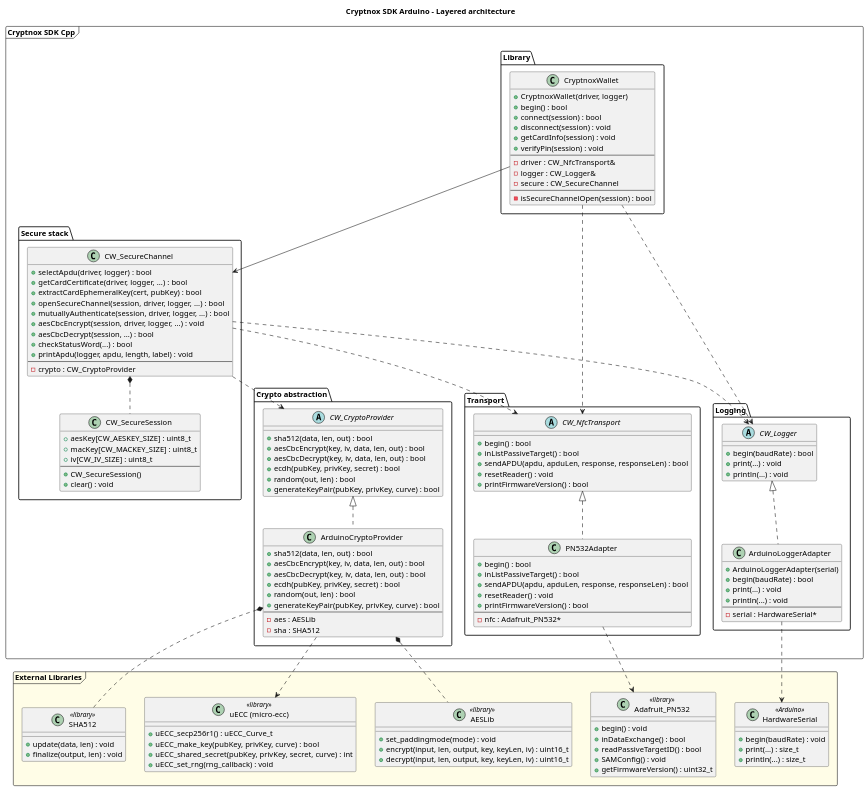
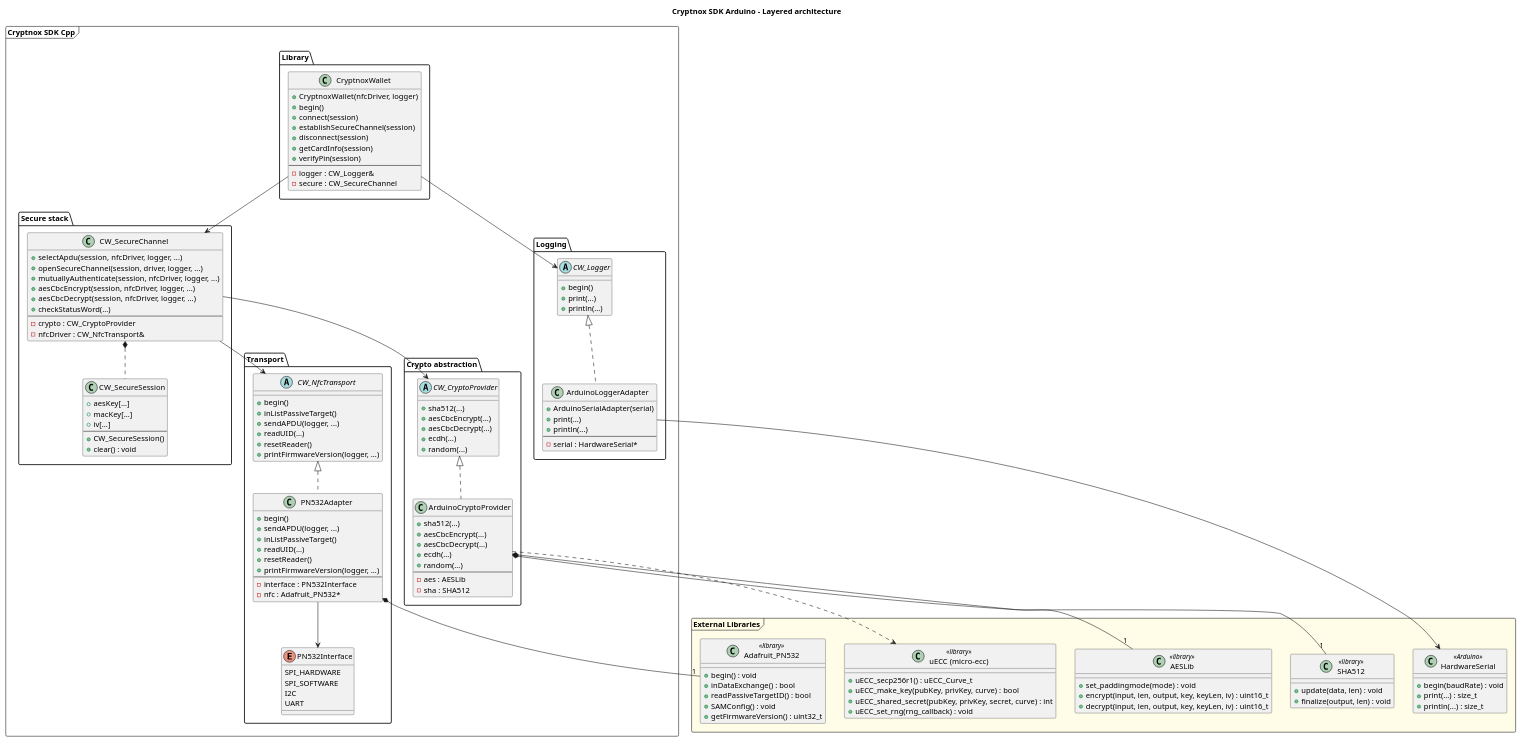
One commit to embarquech/sdk-arduino changed the diagram in docs/architecture/overview.puml. Above: the diagram before and after it, drawn with PlantUML.

Commit message:
Modified the architecture diagram

```diff
--- a/docs/architecture/overview.puml
+++ b/docs/architecture/overview.puml
@@ -1,166 +1,169 @@
 @startuml
 title Cryptnox SDK Arduino - Layered architecture
 
 package "Cryptnox SDK Cpp" <<Frame>> {
 package "Library" {
     class CryptnoxWallet {
-        + CryptnoxWallet(driver, logger)
-        + begin() : bool
-        + connect(session) : bool
-        + disconnect(session) : void
-        + getCardInfo(session) : void
-        + verifyPin(session) : void
+        + CryptnoxWallet(nfcDriver, logger)
+        + begin()
+        + connect(session)
+        + establishSecureChannel(session)
+        + disconnect(session)
+        + getCardInfo(session)
+        + verifyPin(session)
         --
-        - driver : CW_NfcTransport&
         - logger : CW_Logger&
         - secure : CW_SecureChannel
-        --
-        - isSecureChannelOpen(session) : bool
     }
 }
 
 package "Secure stack" {
     class CW_SecureChannel {
-        + selectApdu(driver, logger) : bool
-        + getCardCertificate(driver, logger, ...) : bool
-        + extractCardEphemeralKey(cert, pubKey) : bool
-        + openSecureChannel(session, driver, logger, ...) : bool
-        + mutuallyAuthenticate(session, driver, logger, ...) : bool
-        + aesCbcEncrypt(session, driver, logger, ...) : void
-        + aesCbcDecrypt(session, ...) : bool
-        + checkStatusWord(...) : bool
-        + printApdu(logger, apdu, length, label) : void
+        + selectApdu(session, nfcDriver, logger, ...)
+        + openSecureChannel(session, driver, logger, ...)
+        + mutuallyAuthenticate(session, nfcDriver, logger, ...)
+        + aesCbcEncrypt(session, nfcDriver, logger, ...)
+        + aesCbcDecrypt(session, nfcDriver, logger, ...)
+        + checkStatusWord(...)
         --
         - crypto : CW_CryptoProvider
+        - nfcDriver : CW_NfcTransport&
     }
 
     class CW_SecureSession {
-        + aesKey[CW_AESKEY_SIZE] : uint8_t
-        + macKey[CW_MACKEY_SIZE] : uint8_t
-        + iv[CW_IV_SIZE] : uint8_t
+        + aesKey[...]
+        + macKey[...]
+        + iv[...]
         --
         + CW_SecureSession()
         + clear() : void
     }
 }
 
 package "Crypto abstraction" {
     abstract class CW_CryptoProvider {
-        + sha512(data, len, out) : bool
-        + aesCbcEncrypt(key, iv, data, len, out) : bool
-        + aesCbcDecrypt(key, iv, data, len, out) : bool
-        + ecdh(pubKey, privKey, secret) : bool
-        + random(out, len) : bool
-        + generateKeyPair(pubKey, privKey, curve) : bool
+        + sha512(...)
+        + aesCbcEncrypt(...)
+        + aesCbcDecrypt(...)
+        + ecdh(...)
+        + random(...)
     }
 
     class ArduinoCryptoProvider {
-        + sha512(data, len, out) : bool
-        + aesCbcEncrypt(key, iv, data, len, out) : bool
-        + aesCbcDecrypt(key, iv, data, len, out) : bool
-        + ecdh(pubKey, privKey, secret) : bool
-        + random(out, len) : bool
-        + generateKeyPair(pubKey, privKey, curve) : bool
+        + sha512(...)
+        + aesCbcEncrypt(...)
+        + aesCbcDecrypt(...)
+        + ecdh(...)
+        + random(...)
         --
         - aes : AESLib
         - sha : SHA512
     }
 }
 
 package "Transport" {
     abstract class CW_NfcTransport {
-        + begin() : bool
-        + inListPassiveTarget() : bool
-        + sendAPDU(apdu, apduLen, response, responseLen) : bool
-        + resetReader() : void
-        + printFirmwareVersion() : bool
+        + begin()
+        + inListPassiveTarget()
+        + sendAPDU(logger, ...)
+        + readUID(...)
+        + resetReader()
+        + printFirmwareVersion(logger, ...)
+    }
+
+    enum PN532Interface {
+        SPI_HARDWARE
+        SPI_SOFTWARE
+        I2C
+        UART
     }
 
     class PN532Adapter {
-        + begin() : bool
-        + inListPassiveTarget() : bool
-        + sendAPDU(apdu, apduLen, response, responseLen) : bool
-        + resetReader() : void
-        + printFirmwareVersion() : bool
+        + begin()
+        + sendAPDU(logger, ...)
+        + inListPassiveTarget()
+        + readUID(...)
+        + resetReader()
+        + printFirmwareVersion(logger, ...)
         --
+        - interface : PN532Interface
         - nfc : Adafruit_PN532*
     }
 }
 
 package "Logging" {
     abstract class CW_Logger {
-        + begin(baudRate) : bool
-        + print(...) : void
-        + println(...) : void
+        + begin()
+        + print(...)
+        + println(...)
     }
 
     class ArduinoLoggerAdapter {
-        + ArduinoLoggerAdapter(serial)
-        + begin(baudRate) : bool
-        + print(...) : void
-        + println(...) : void
+        + ArduinoSerialAdapter(serial)
+        + print(...)
+        + println(...)
         --
         - serial : HardwareSerial*
     }
 }
 }
 
 package "External Libraries" <<Frame>> #FFFDE7 {
     
     class Adafruit_PN532 <<library>> {
         + begin() : void
         + inDataExchange() : bool
         + readPassiveTargetID() : bool
         + SAMConfig() : void
         + getFirmwareVersion() : uint32_t
     }
     
     class AESLib <<library>> {
         + set_paddingmode(mode) : void
         + encrypt(input, len, output, key, keyLen, iv) : uint16_t
         + decrypt(input, len, output, key, keyLen, iv) : uint16_t
     }
     
     class "uECC (micro-ecc)" as uECC <<library>> {
         + uECC_secp256r1() : uECC_Curve_t
         + uECC_make_key(pubKey, privKey, curve) : bool
         + uECC_shared_secret(pubKey, privKey, secret, curve) : int
         + uECC_set_rng(rng_callback) : void
     }
 
     class SHA512 <<library>> {
         + update(data, len) : void
         + finalize(output, len) : void
     }
 
     class HardwareSerial <<Arduino>> {
         + begin(baudRate) : void
         + print(...) : size_t
         + println(...) : size_t
     }
 }
 
 ' ==============================
 ' Relations principales
 ' ==============================
 
 CryptnoxWallet --> CW_SecureChannel
-CryptnoxWallet ..> CW_Logger
-CryptnoxWallet ..> CW_NfcTransport
+CryptnoxWallet --> CW_Logger
 CW_SecureChannel *.. CW_SecureSession
-CW_SecureChannel ..> CW_CryptoProvider
-CW_SecureChannel ..> CW_NfcTransport
-CW_SecureChannel ..> CW_Logger
+CW_SecureChannel --> CW_CryptoProvider
+CW_SecureChannel --> CW_NfcTransport
 
 CW_CryptoProvider <|.. ArduinoCryptoProvider
 CW_NfcTransport <|.. PN532Adapter
+PN532Adapter --> PN532Interface
 CW_Logger <|.. ArduinoLoggerAdapter
 
-ArduinoLoggerAdapter ..> HardwareSerial
 
-ArduinoCryptoProvider *.. AESLib
+ArduinoLoggerAdapter --> HardwareSerial
+
+ArduinoCryptoProvider *-- "1" AESLib
 ArduinoCryptoProvider ..> uECC
-ArduinoCryptoProvider *.. SHA512
-PN532Adapter ..> Adafruit_PN532
+ArduinoCryptoProvider *-- "1" SHA512
+PN532Adapter *-- "1" Adafruit_PN532
 
 @enduml
```
